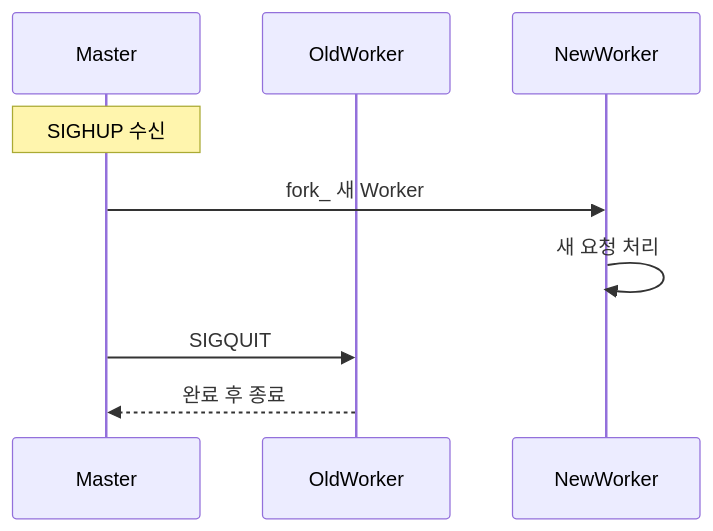
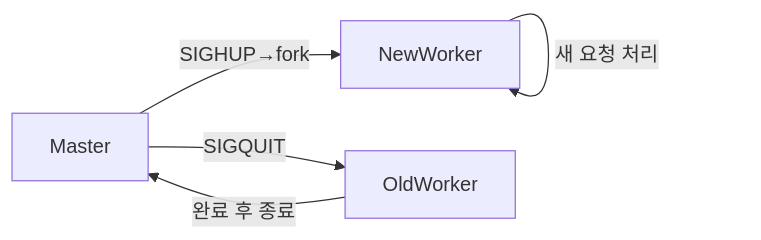
Before and after one commit to yjkim2015/yjkim2015.github.io: diagram 16 of 18 in _posts/server/2026-05-01-nginx.md, drawn with Mermaid. The commit also changed other lines of this file and 84 other files, not shown here.

First line of the commit message:
85개 포스트 Mermaid 다이어그램 규칙 일괄 수정

````diff
--- a/_posts/server/2026-05-01-nginx.md
+++ b/_posts/server/2026-05-01-nginx.md
@@ -703,11 +698,7 @@
 ```mermaid
-sequenceDiagram
-    participant M as Master
-    participant OW as OldWorker
-    participant NW as NewWorker
-    Note over M: SIGHUP 수신
-    M->>NW: fork_ 새 Worker
-    NW->>NW: 새 요청 처리
-    M->>OW: SIGQUIT
-    OW-->>M: 완료 후 종료
+graph LR
+    M["Master"] -->|"SIGHUP→fork"| NW["NewWorker"]
+    NW -->|"새 요청 처리"| NW
+    M -->|"SIGQUIT"| OW["OldWorker"]
+    OW -->|"완료 후 종료"| M
 ```
````
